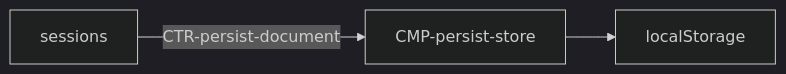
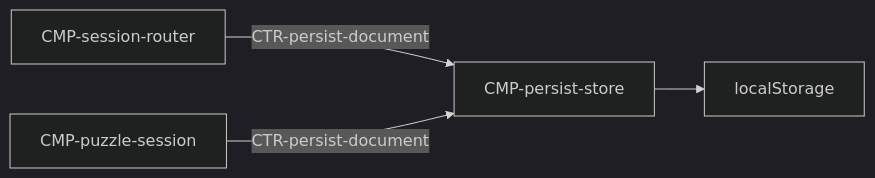
One commit to waigore/simplechessv2 changed the diagram in specs/technical/components/persist-store.md. Above: the diagram before and after it, drawn with Mermaid (dark theme).

Commit message:
Label the persist-store diagram's session peers by ID (#249)
The diagram drew a generic 'sessions' node instead of the two peer components named in Communication. Draw CMP-session-router and CMP-puzzle-session, each with its CTR-persist-document edge.

````diff
--- a/specs/technical/components/persist-store.md
+++ b/specs/technical/components/persist-store.md
@@ -36,8 +36,10 @@
 ```mermaid
 flowchart LR
-  S[sessions]
+  R[CMP-session-router]
+  U[CMP-puzzle-session]
   P[CMP-persist-store]
   LS[localStorage]
-  S -->|CTR-persist-document| P
+  R -->|CTR-persist-document| P
+  U -->|CTR-persist-document| P
   P --> LS
 ```
````
